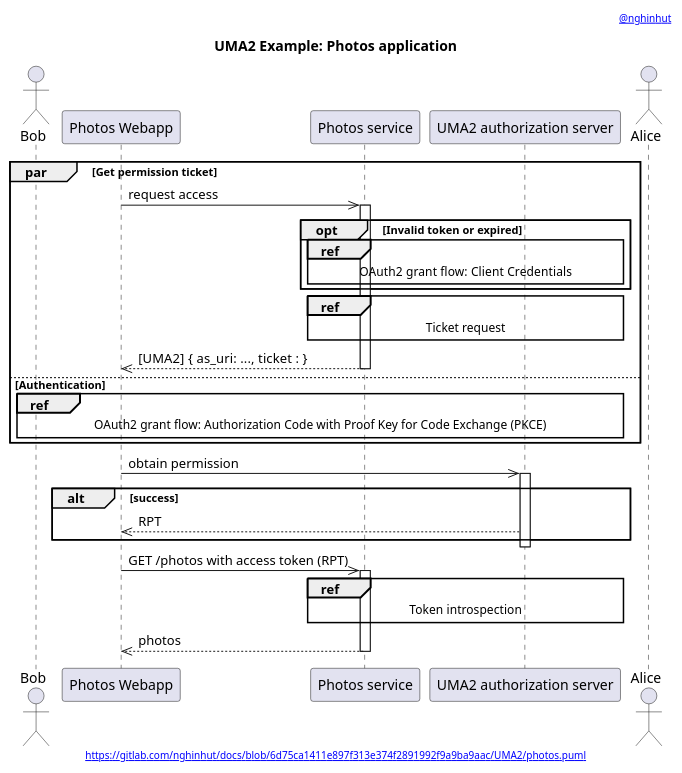
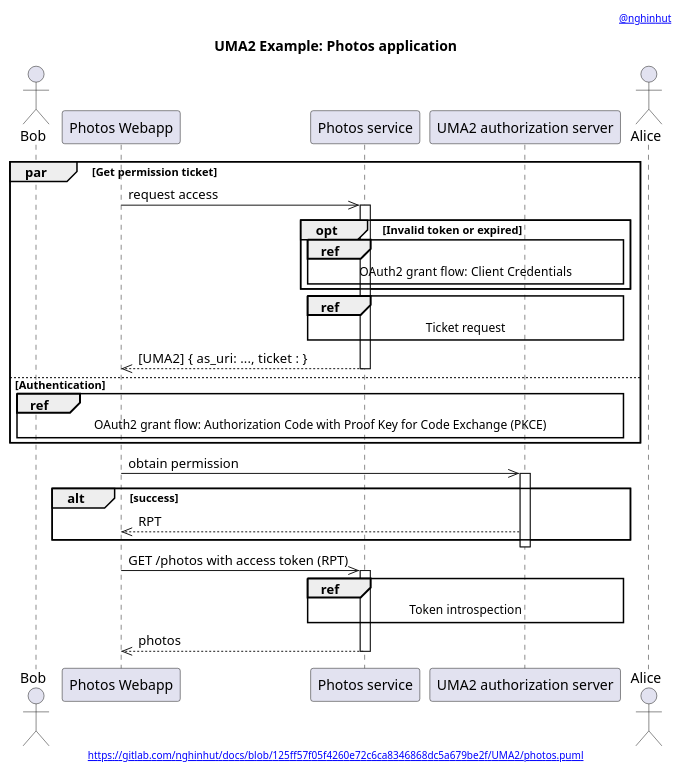
Before and after one commit to nghinhut/docs: the diagram in UMA2/photos.apps.puml, drawn with PlantUML. The commit also changed 22 other files, not shown here.

Commit message:
Update diagrams

```diff
--- a/UMA2/photos.apps.puml
+++ b/UMA2/photos.apps.puml
@@ -1,43 +1,43 @@
 @startuml
 '-----START auto generated metadata please keep comment here to allow auto update-----
 '-----DON'T EDIT THIS SECTION, INSTEAD RE-RUN prebuild.sh TO UPDATE-----
-header [[https://www.nghinhut.dev?from=http%5C%3A%5C%2F%5C%2Fwww%5C.plantuml%5C.com%5C%2Fplantuml%5C%2Fproxy%3Ffmt%3Dsvg%5C%26src%3Dhttps%5C%3A%5C%2F%5C%2Fgitlab%5C.com%5C%2Fnghinhut%5C%2Fdocs%5C%2Fraw%5C%2F6d75ca1411e897f313e374f2891992f9a9ba9aac%5C%2FUMA2%5C%2Fphotos%5C.puml%0A @nghinhut]]
-footer [[http://www.plantuml.com/plantuml/proxy?fmt=svg&src=https://gitlab.com/nghinhut/docs/raw/6d75ca1411e897f313e374f2891992f9a9ba9aac/UMA2/photos.puml https://gitlab.com/nghinhut/docs/blob/6d75ca1411e897f313e374f2891992f9a9ba9aac/UMA2/photos.puml]]
+header [[https://www.nghinhut.dev?from=http%5C%3A%5C%2F%5C%2Fwww%5C.plantuml%5C.com%5C%2Fplantuml%5C%2Fproxy%3Ffmt%3Dsvg%5C%26src%3Dhttps%5C%3A%5C%2F%5C%2Fgitlab%5C.com%5C%2Fnghinhut%5C%2Fdocs%5C%2Fraw%5C%2F125ff57f05f4260e72c6ca8346868dc5a679be2f%5C%2FUMA2%5C%2Fphotos%5C.puml%0A @nghinhut]]
+footer [[http://www.plantuml.com/plantuml/proxy?fmt=svg&src=https://gitlab.com/nghinhut/docs/raw/125ff57f05f4260e72c6ca8346868dc5a679be2f/UMA2/photos.puml https://gitlab.com/nghinhut/docs/blob/125ff57f05f4260e72c6ca8346868dc5a679be2f/UMA2/photos.puml]]
 '-----END auto generated metadata please keep comment here to allow auto update-----
 title UMA2 Example: Photos application
 
 actor "Bob" as rp
 participant "Photos Webapp" as client
 participant "Photos service" as rs
 participant "UMA2 authorization server" as as
 actor "Alice" as ro
 
 par Get permission ticket
     client ->> rs : request access
     activate rs
 
     opt Invalid token or expired
         ref over rs, as : OAuth2 grant flow: Client  Credentials
     end
 
     ref over rs, as : Ticket request
 
     client <<-- rs : [UMA2] { as_uri: ...,  ticket : }
     deactivate rs
 else Authentication
     ref over rp, as : OAuth2 grant flow: Authorization Code with Proof Key for Code Exchange (PKCE)
 end
 
 client ->> as : obtain permission
 activate as
 alt success
 client <<-- as : RPT
 end
 deactivate as
 
 client ->> rs : GET /photos with access token (RPT)
 activate rs
 ref over rs, as : Token introspection
 client <<-- rs : photos
 deactivate rs
 @enduml
```
